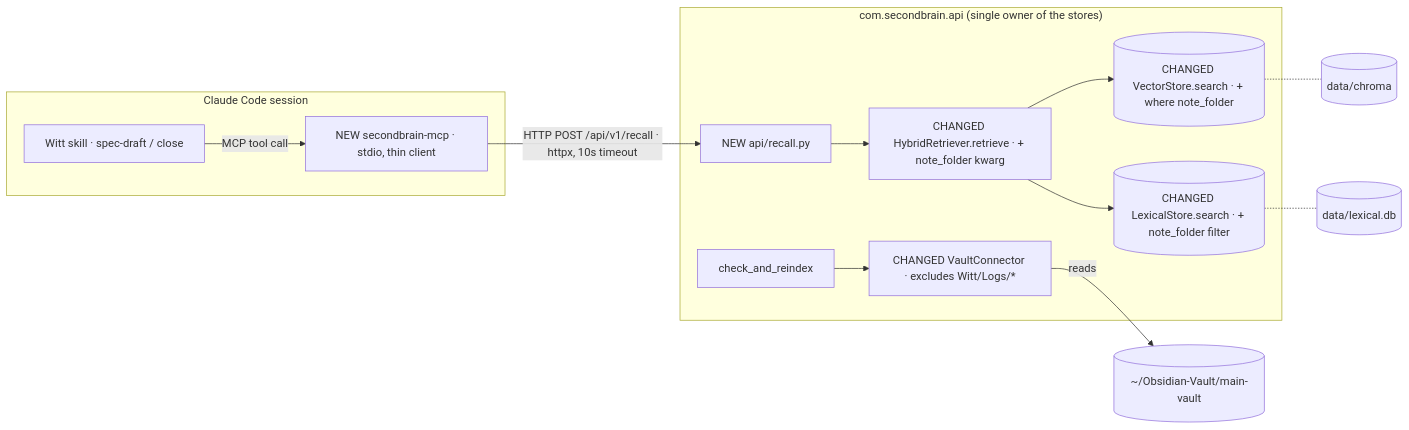
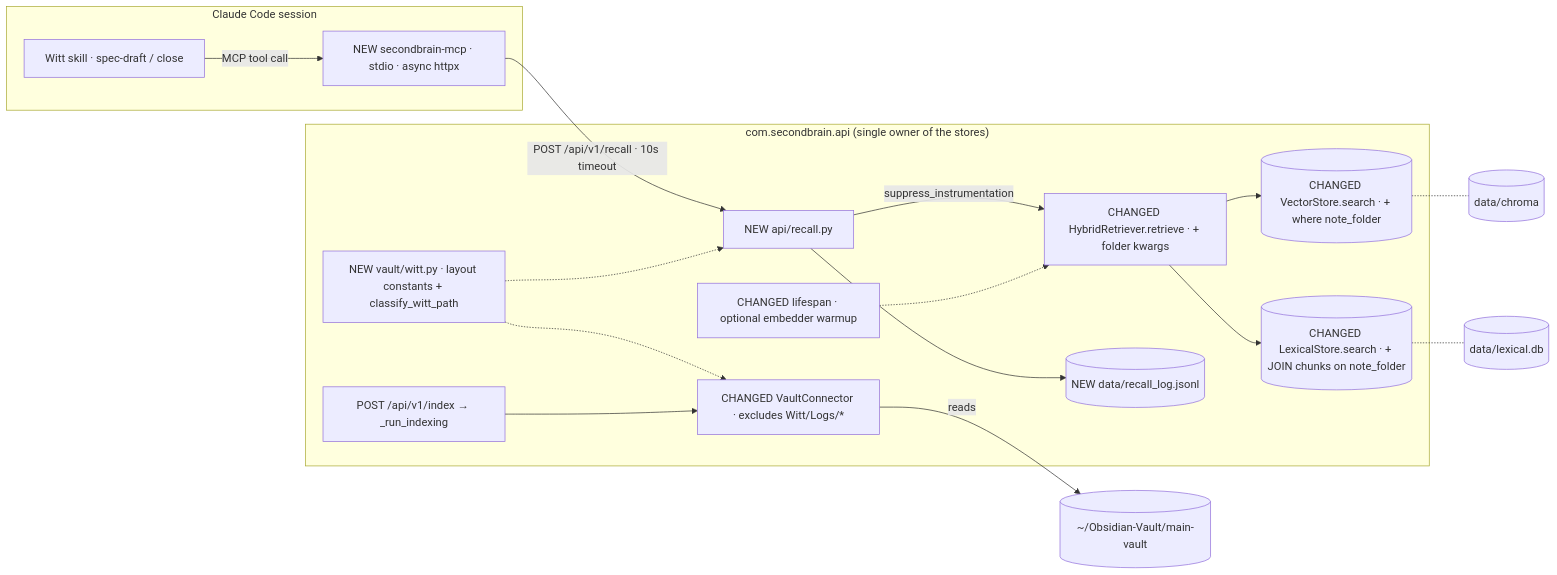
Before and after one commit to brendenrossin/SecondBrain: the diagram in docs/specs/001-secondbrain-recall-mcp-server-for-witt.md, drawn with Mermaid. The commit also changed other lines of this file and 5 other files, not shown here.

````diff
--- a/docs/specs/001-secondbrain-recall-mcp-server-for-witt.md
+++ b/docs/specs/001-secondbrain-recall-mcp-server-for-witt.md
@@ -53,16 +82,20 @@
 ```mermaid
 flowchart LR
   subgraph Claude Code session
-    S[Witt skill · spec-draft / close] -->|MCP tool call| M[NEW secondbrain-mcp · stdio, thin client]
+    S[Witt skill · spec-draft / close] -->|MCP tool call| M[NEW secondbrain-mcp · stdio · async httpx]
   end
-  M -->|HTTP POST /api/v1/recall · httpx, 10s timeout| R[NEW api/recall.py]
+  M -->|POST /api/v1/recall · 10s timeout| R[NEW api/recall.py]
   subgraph "com.secondbrain.api (single owner of the stores)"
-    R --> H[CHANGED HybridRetriever.retrieve · + note_folder kwarg]
+    R -->|suppress_instrumentation| H[CHANGED HybridRetriever.retrieve · + folder kwargs]
     H --> V[(CHANGED VectorStore.search · + where note_folder)]
-    H --> L[(CHANGED LexicalStore.search · + note_folder filter)]
-    I[check_and_reindex] --> C[CHANGED VaultConnector · excludes Witt/Logs/*]
+    H --> L[(CHANGED LexicalStore.search · + JOIN chunks on note_folder)]
+    R --> RL[(NEW data/recall_log.jsonl)]
+    W[NEW vault/witt.py · layout constants + classify_witt_path] -.-> R
+    W -.-> C
+    IX[POST /api/v1/index → _run_indexing] --> C[CHANGED VaultConnector · excludes Witt/Logs/*]
+    LS[CHANGED lifespan · optional embedder warmup] -.-> H
   end
   C -->|reads| VAULT[(~/Obsidian-Vault/main-vault)]
   V -.- CH[(data/chroma)]
   L -.- FTS[(data/lexical.db)]
 ```
````
